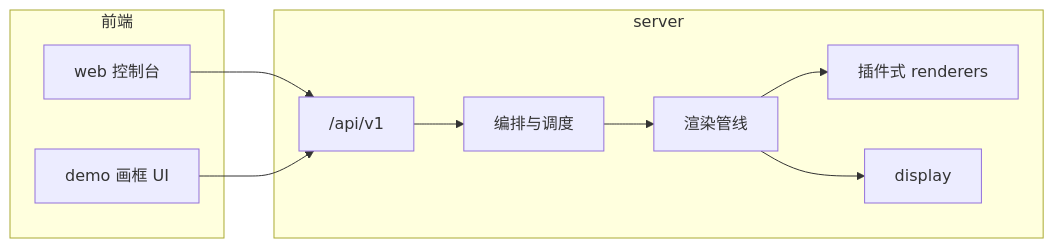
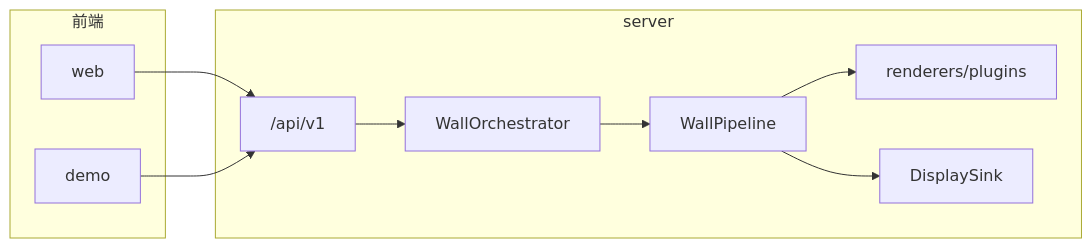
One commit to linsencc/MyPi changed the diagram in README.md. Above: the diagram before and after it, drawn with Mermaid. The commit also changed other lines of this file and 9 other files, not shown here.

````diff
--- a/README.md
+++ b/README.md
@@ -10,20 +32,20 @@
 ```mermaid
 flowchart LR
   subgraph clients [前端]
-    web[web 控制台]
-    demo[demo 画框 UI]
+    web[web]
+    demo[demo]
   end
   subgraph server [server]
     api["/api/v1"]
-    orch[编排与调度]
-    pipe[渲染管线]
-    ren[插件式 renderers]
-    disp[display]
+    orch[WallOrchestrator]
+    pipe[WallPipeline]
+    ren[renderers/plugins]
+    disp[DisplaySink]
   end
   web --> api
   demo --> api
   api --> orch
   orch --> pipe
   pipe --> ren
   pipe --> disp
 ```
````
